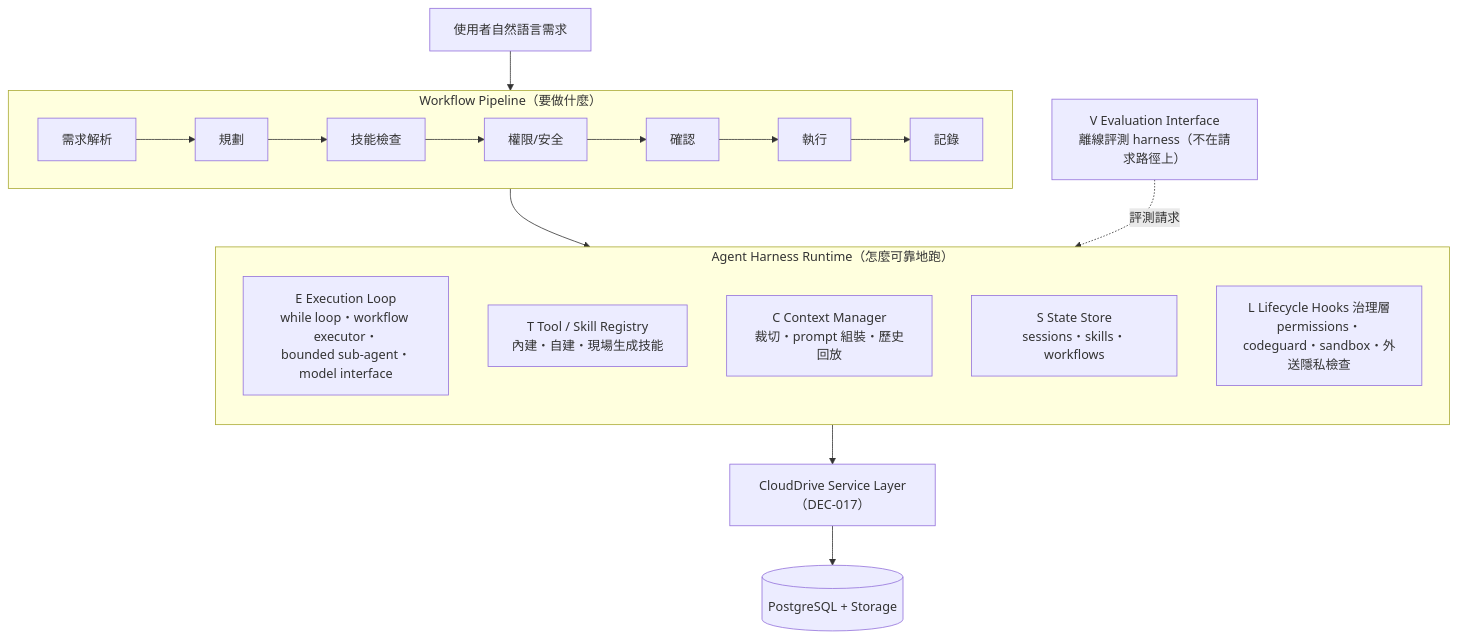
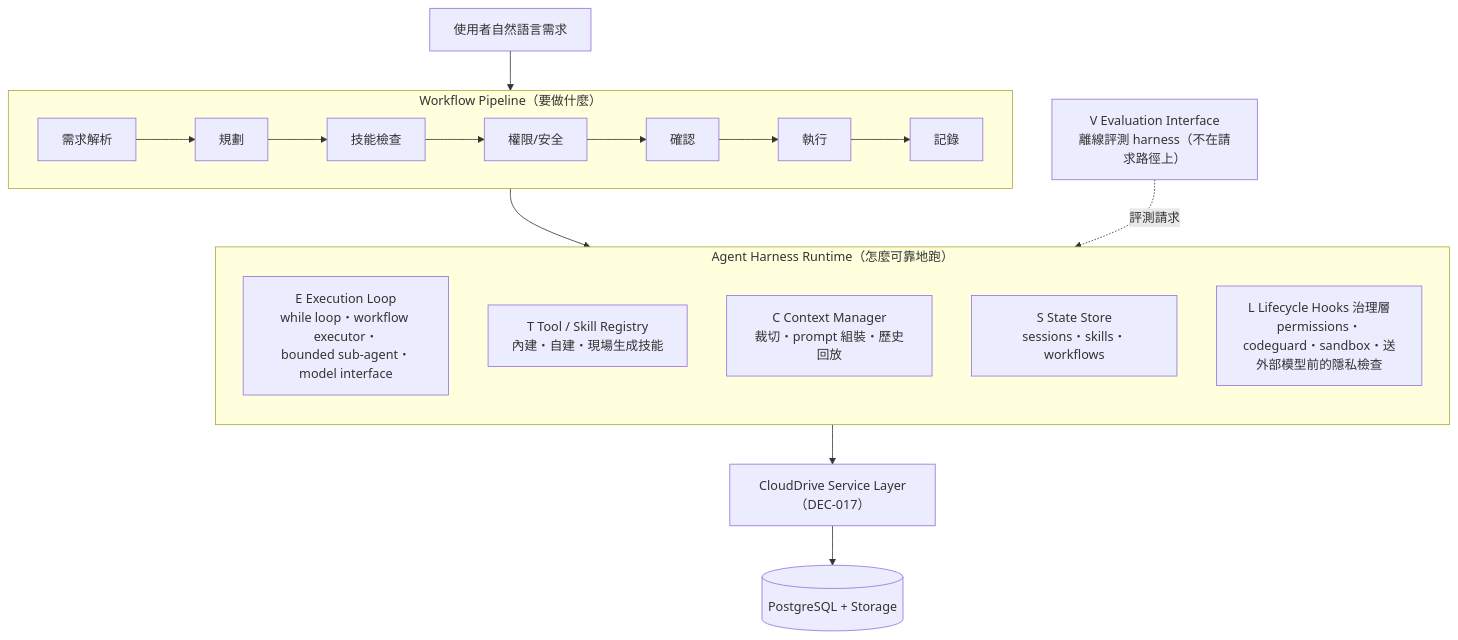
One commit to alfredshen01/CloudDrive-Personal-Notes changed the first of 2 diagrams in docs/02-筆記-harness/Harness架構.md. Above: the diagram before and after it, drawn with Mermaid. The commit also changed other lines of this file and 3 other files, not shown here.

````diff
--- a/docs/02-筆記-harness/Harness架構.md
+++ b/docs/02-筆記-harness/Harness架構.md
@@ -33,20 +33,20 @@
 ```mermaid
 flowchart TB
   U["使用者自然語言需求"] --> P
   subgraph P["Workflow Pipeline（要做什麼）"]
     direction LR
     p1["需求解析"] --> p2["規劃"] --> p3["技能檢查"] --> p4["權限/安全"] --> p5["確認"] --> p6["執行"] --> p7["記錄"]
   end
   P --> R
   subgraph R["Agent Harness Runtime（怎麼可靠地跑）"]
     direction TB
     E["E Execution Loop<br/>while loop・workflow executor・<br/>bounded sub-agent・model interface"]
     T["T Tool / Skill Registry<br/>內建・自建・現場生成技能"]
     C["C Context Manager<br/>裁切・prompt 組裝・歷史回放"]
     S["S State Store<br/>sessions・skills・workflows"]
-    L["L Lifecycle Hooks 治理層<br/>permissions・codeguard・sandbox・外送隱私檢查"]
+    L["L Lifecycle Hooks 治理層<br/>permissions・codeguard・sandbox・送外部模型前的隱私檢查"]
   end
   V["V Evaluation Interface<br/>離線評測 harness（不在請求路徑上）"] -. "評測請求" .-> R
   R --> SV["CloudDrive Service Layer（DEC-017）"]
   SV --> DB[("PostgreSQL + Storage")]
 ```
````
